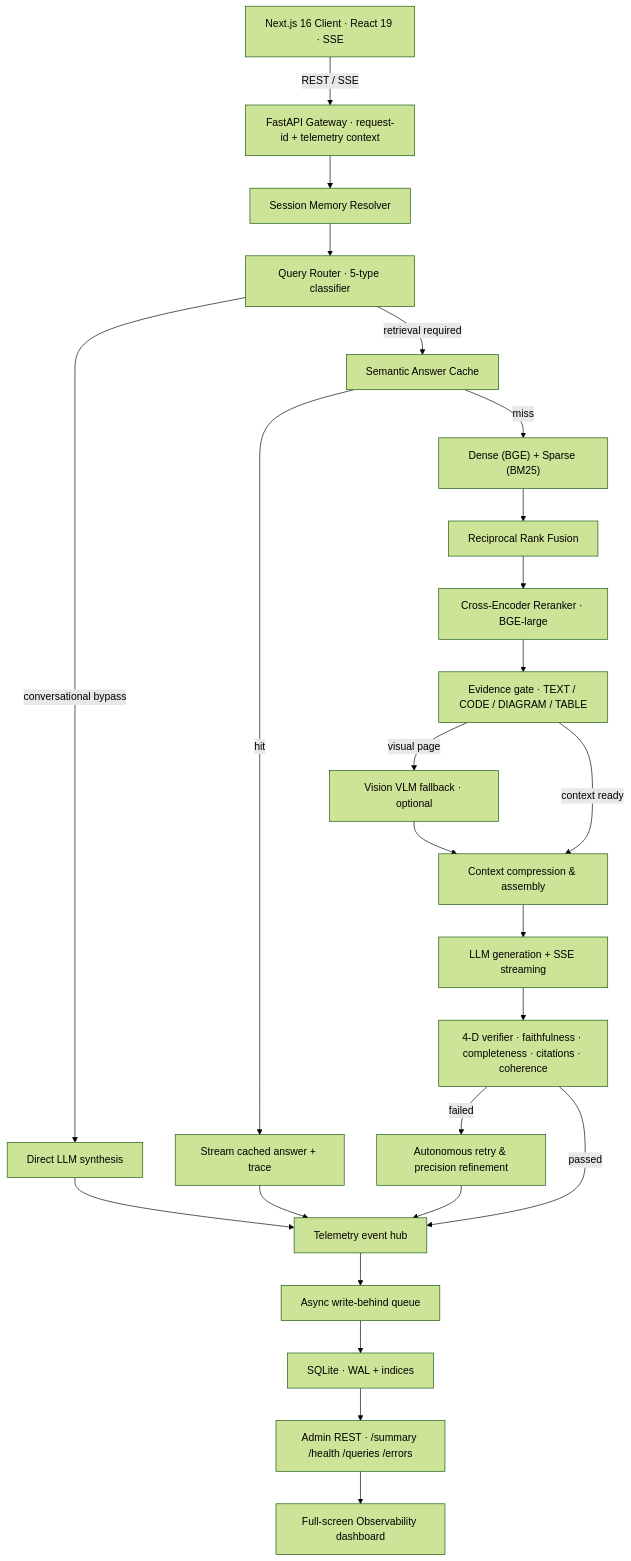
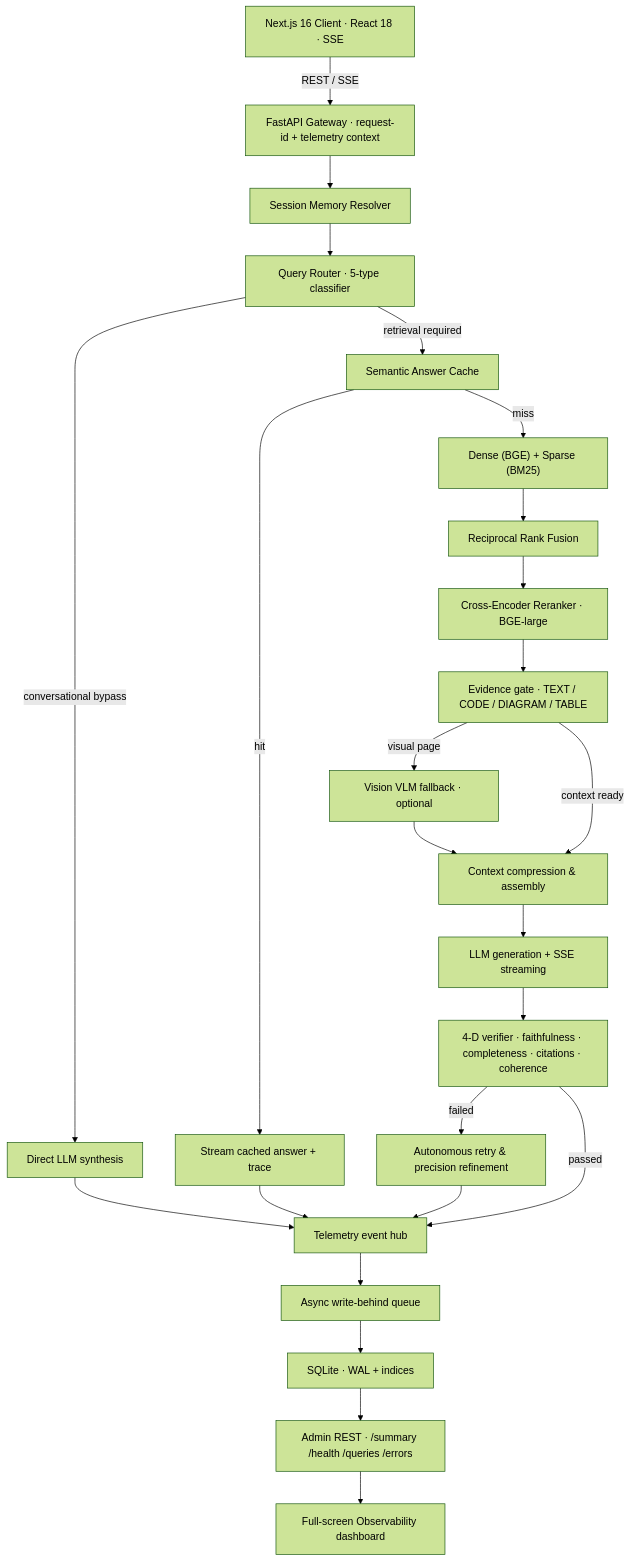
One commit to SoubhagyaJain/Company-policy-rag changed the diagram in README.md. Above: the diagram before and after it, drawn with Mermaid (forest theme). The commit also changed other lines of this file, not shown here.

Commit message:
docs: rewrite root README with architecture, design rationale, and beginner setup

````diff
--- a/README.md
+++ b/README.md
@@ -48,34 +53,34 @@
 ```mermaid
 flowchart TD
-    UserClient["Next.js 16 Client · React 19 · SSE"] -->|REST / SSE| Gateway["FastAPI Gateway · request-id + telemetry context"]
+    UserClient["Next.js 16 Client · React 18 · SSE"] -->|REST / SSE| Gateway["FastAPI Gateway · request-id + telemetry context"]
     Gateway --> Memory["Session Memory Resolver"]
     Memory --> Router["Query Router · 5-type classifier"]
 
     Router -->|conversational bypass| Direct["Direct LLM synthesis"]
     Router -->|retrieval required| Cache["Semantic Answer Cache"]
 
     Cache -->|hit| Cached["Stream cached answer + trace"]
     Cache -->|miss| Hybrid["Dense (BGE) + Sparse (BM25)"]
 
     Hybrid --> RRF["Reciprocal Rank Fusion"]
     RRF --> Rerank["Cross-Encoder Reranker · BGE-large"]
     Rerank --> Evidence["Evidence gate · TEXT / CODE / DIAGRAM / TABLE"]
 
     Evidence -->|visual page| Vision["Vision VLM fallback · optional"]
     Evidence -->|context ready| Assembly["Context compression & assembly"]
     Vision --> Assembly
 
     Assembly --> Stream["LLM generation + SSE streaming"]
     Stream --> Verifier["4-D verifier · faithfulness · completeness · citations · coherence"]
 
     Verifier -->|failed| Retry["Autonomous retry & precision refinement"]
     Verifier -->|passed| Telemetry["Telemetry event hub"]
     Direct --> Telemetry
     Cached --> Telemetry
     Retry --> Telemetry
 
     Telemetry --> WriteBehind["Async write-behind queue"]
     WriteBehind --> SQLite["SQLite · WAL + indices"]
     SQLite --> AdminAPI["Admin REST · /summary /health /queries /errors"]
     AdminAPI --> Dashboard["Full-screen Observability dashboard"]
 ```
````
